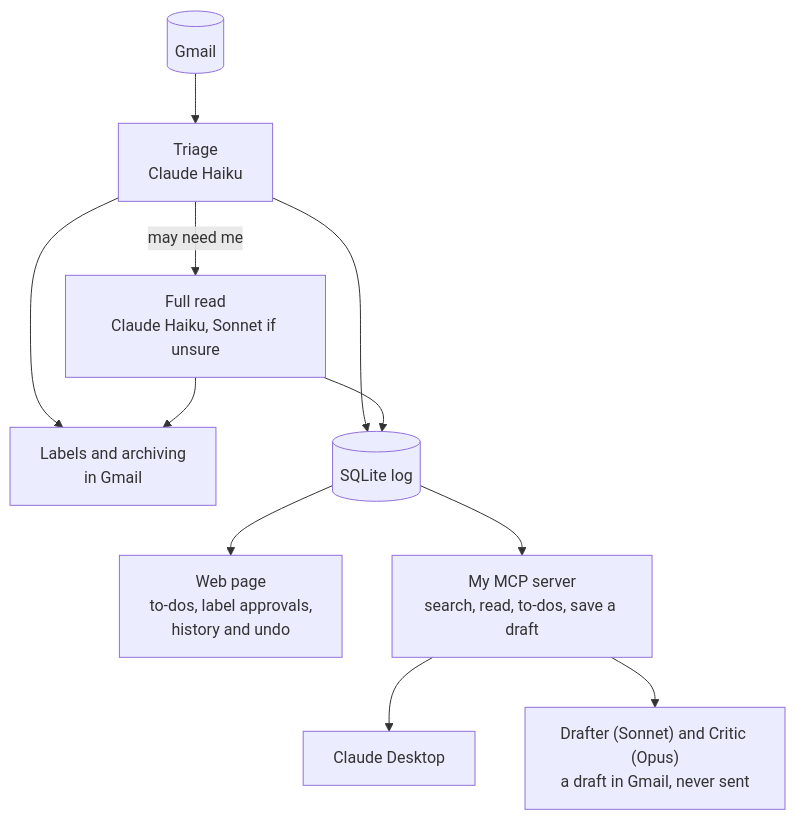
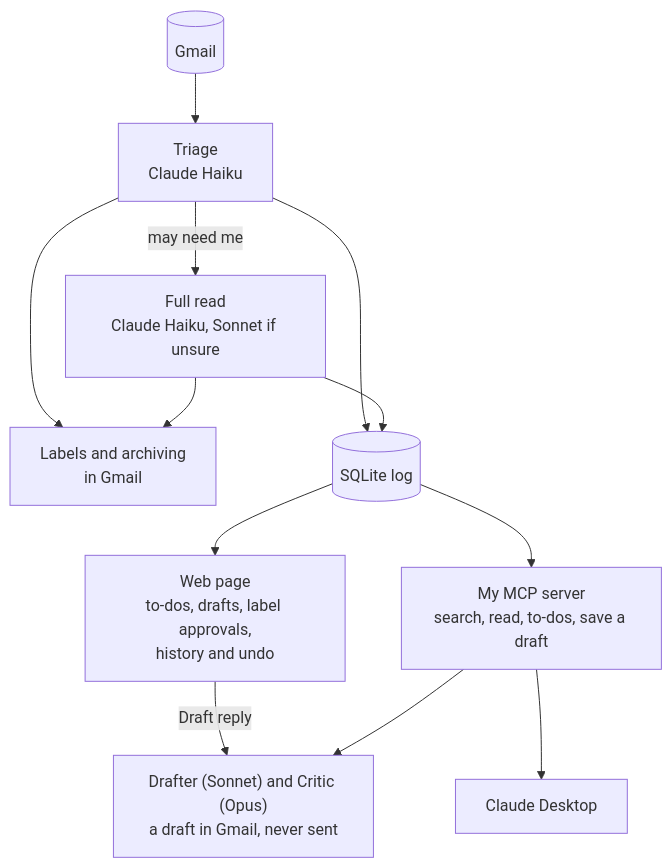
Before and after one commit to nabiltea/inbox-agent: the diagram in README.md, drawn with Mermaid. The commit also changed other lines of this file and 9 other files, not shown here.

````diff
--- a/README.md
+++ b/README.md
@@ -32,13 +13,14 @@
 ```mermaid
 flowchart TD
     G[(Gmail)] --> T["Triage<br/>Claude Haiku"]
     T -->|may need me| F["Full read<br/>Claude Haiku, Sonnet if unsure"]
     T --> L["Labels and archiving<br/>in Gmail"]
     F --> L
     T --> DB[(SQLite log)]
     F --> DB
-    DB --> W["Web page<br/>to-dos, label approvals,<br/>history and undo"]
+    DB --> W["Web page<br/>to-dos, drafts, label approvals,<br/>history and undo"]
     DB --> M["My MCP server<br/>search, read, to-dos, save a draft"]
     M --> C["Claude Desktop"]
-    M --> D["Drafter (Sonnet) and Critic (Opus)<br/>a draft in Gmail, never sent"]
+    W -->|Draft reply| D["Drafter (Sonnet) and Critic (Opus)<br/>a draft in Gmail, never sent"]
+    M --> D
 ```
````
